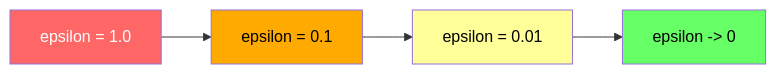
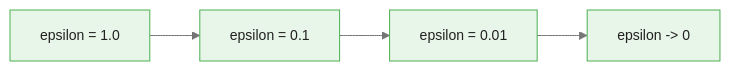
The third of 4 diagrams in courses/multi-armed-bandits-ab-testing/modules/module_01_bandit_algorithms/guides/01_epsilon_greedy_slides.md (m-deane/course-creator), drawn with Mermaid before and after one commit. The commit also changed other lines of this file and 146 other files, not shown here.

````diff
--- a/courses/multi-armed-bandits-ab-testing/modules/module_01_bandit_algorithms/guides/01_epsilon_greedy_slides.md
+++ b/courses/multi-armed-bandits-ab-testing/modules/module_01_bandit_algorithms/guides/01_epsilon_greedy_slides.md
@@ -128,10 +158,7 @@
 ```mermaid
+%%{init: {"theme": "base", "themeVariables": {"primaryColor": "#e8f5e9", "primaryBorderColor": "#4caf50", "primaryTextColor": "#212121", "secondaryColor": "#e3f2fd", "tertiaryColor": "#fff8e1", "lineColor": "#757575", "fontFamily": "Inter, sans-serif", "fontSize": "14px"}}}%%
 graph LR
     E1["epsilon = 1.0"] --> E2["epsilon = 0.1"]
     E2 --> E3["epsilon = 0.01"]
     E3 --> E4["epsilon -> 0"]
-    style E1 fill:#f66,color:#fff
-    style E2 fill:#fa0,color:#000
-    style E3 fill:#ff9,color:#000
-    style E4 fill:#6f6,color:#000
 ```
````
